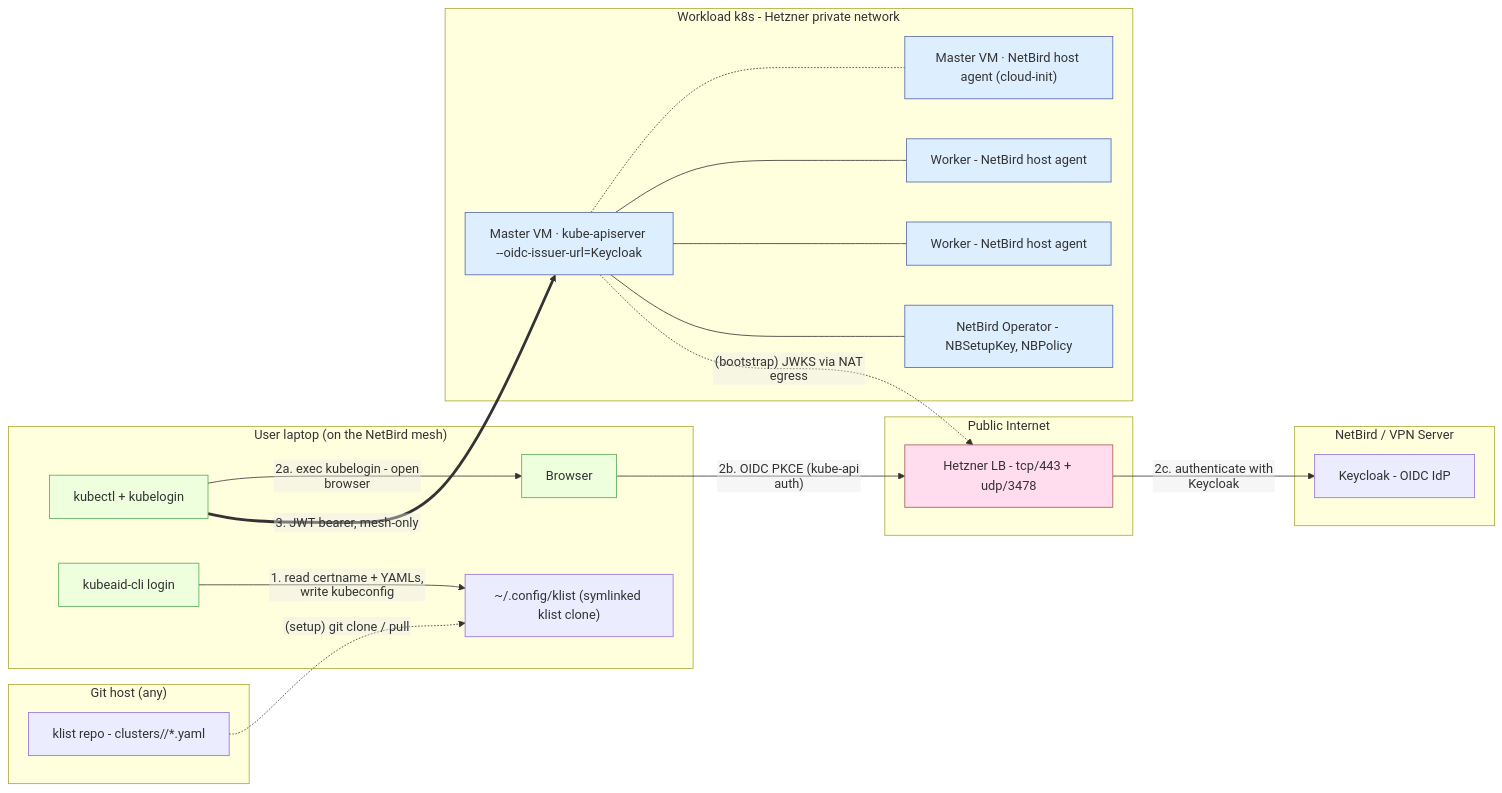
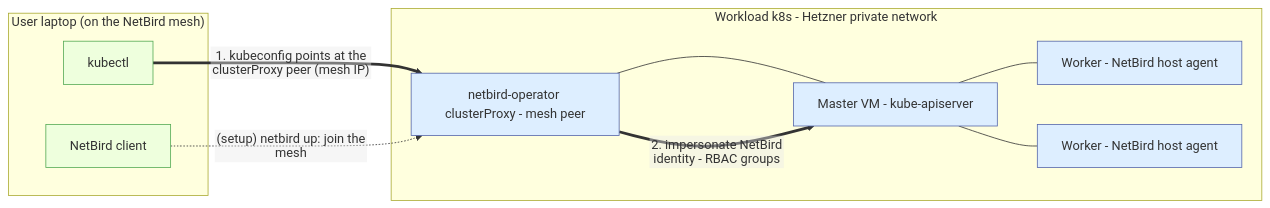
The second of 7 diagrams in docs/netbird-vpn-architecture.md (Obmondo/kubeaid-cli), drawn with Mermaid before and after one commit. The commit also changed other lines of this file and 34 other files, not shown here.

First line of the commit message:
feat(netbird): workload access via clusterProxy; remove kube-apiserver OIDC

````diff
--- a/docs/netbird-vpn-architecture.md
+++ b/docs/netbird-vpn-architecture.md
@@ -127,56 +116,30 @@
 ```mermaid
 %%{init: {'flowchart': {'htmlLabels': false}}}%%
 flowchart LR
   subgraph laptop["User laptop (on the NetBird mesh)"]
-    kctl["kubectl + kubelogin"]
-    cli["kubeaid-cli login"]
-    klist_local["~/.config/klist (symlinked klist clone)"]
-    bro["Browser"]
-  end
-
-  subgraph public["Public Internet"]
-    lb["Hetzner LB - tcp/443 + udp/3478"]
-  end
-
-  subgraph mgmt["NetBird / VPN Server"]
-    kc["Keycloak - OIDC IdP"]
-  end
-
-  subgraph git["Git host (any)"]
-    klist_repo["klist repo - clusters/<custid>/*.yaml"]
+    kctl["kubectl"]
+    nb_c["NetBird client"]
   end
 
   subgraph hcloud["Workload k8s - Hetzner private network"]
-    master_api["Master VM · kube-apiserver --oidc-issuer-url=Keycloak"]
-    master_nb["Master VM · NetBird host agent (cloud-init)"]
+    proxy["netbird-operator clusterProxy - mesh peer"]
+    master_api["Master VM - kube-apiserver"]
     worker1["Worker - NetBird host agent"]
     worker2["Worker - NetBird host agent"]
-    nbop["NetBird Operator - NBSetupKey, NBPolicy"]
-    master_api -.- master_nb
+    proxy --- master_api
     master_api --- worker1
     master_api --- worker2
-    master_api --- nbop
   end
 
-  %% Step 1: kubeaid-cli login (purely local I/O)
-  cli -- "1. read certname + YAMLs, write kubeconfig" --> klist_local
+  %% kubectl over the mesh, via the clusterProxy peer
+  kctl == "1. kubeconfig points at the clusterProxy peer (mesh IP)" ==> proxy
+  proxy == "2. impersonate NetBird identity -> RBAC groups" ==> master_api
 
-  %% Step 2: kubelogin opens the browser; browser does PKCE with Keycloak
-  kctl -- "2a. exec kubelogin -> open browser" --> bro
-  bro -- "2b. OIDC PKCE (kube-api auth)" --> lb
-  lb -- "2c. authenticate with Keycloak" --> kc
+  %% joining the mesh (out of band, Diagram 1)
+  nb_c -. "(setup) netbird up: join the mesh" .-> proxy
 
-  %% Step 3: kubectl over the mesh
-  kctl == "3. JWT bearer, mesh-only" ==> master_api
-
-  %% Setup / bootstrap (out of band)
-  klist_repo -. "(setup) git clone / pull" .-> klist_local
-  master_api -. "(bootstrap) JWKS via NAT egress" .-> lb
-
-  classDef pub fill:#fde,stroke:#a55;
   classDef priv fill:#def,stroke:#56a;
   classDef user fill:#efd,stroke:#5a5;
-  class lb pub;
-  class master_api,master_nb,worker1,worker2,nbop priv;
-  class kctl,cli,bro user;
+  class proxy,master_api,worker1,worker2 priv;
+  class kctl,nb_c user;
 ```
````
